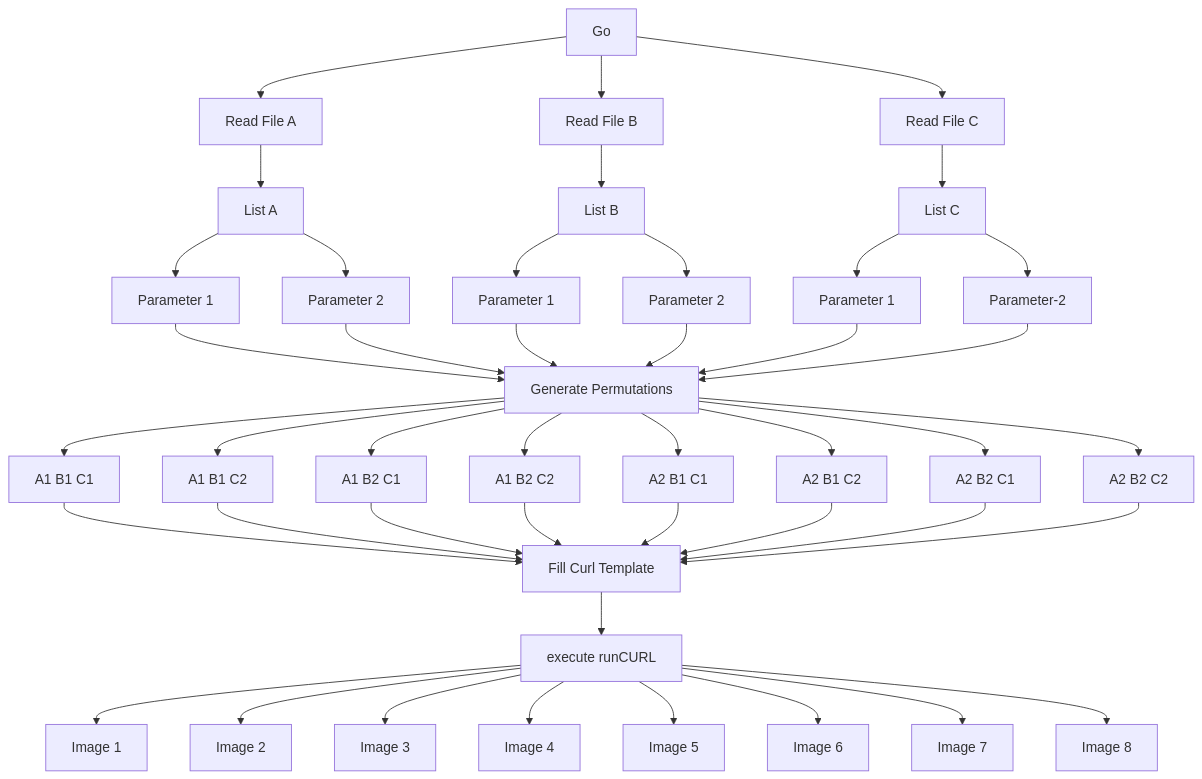
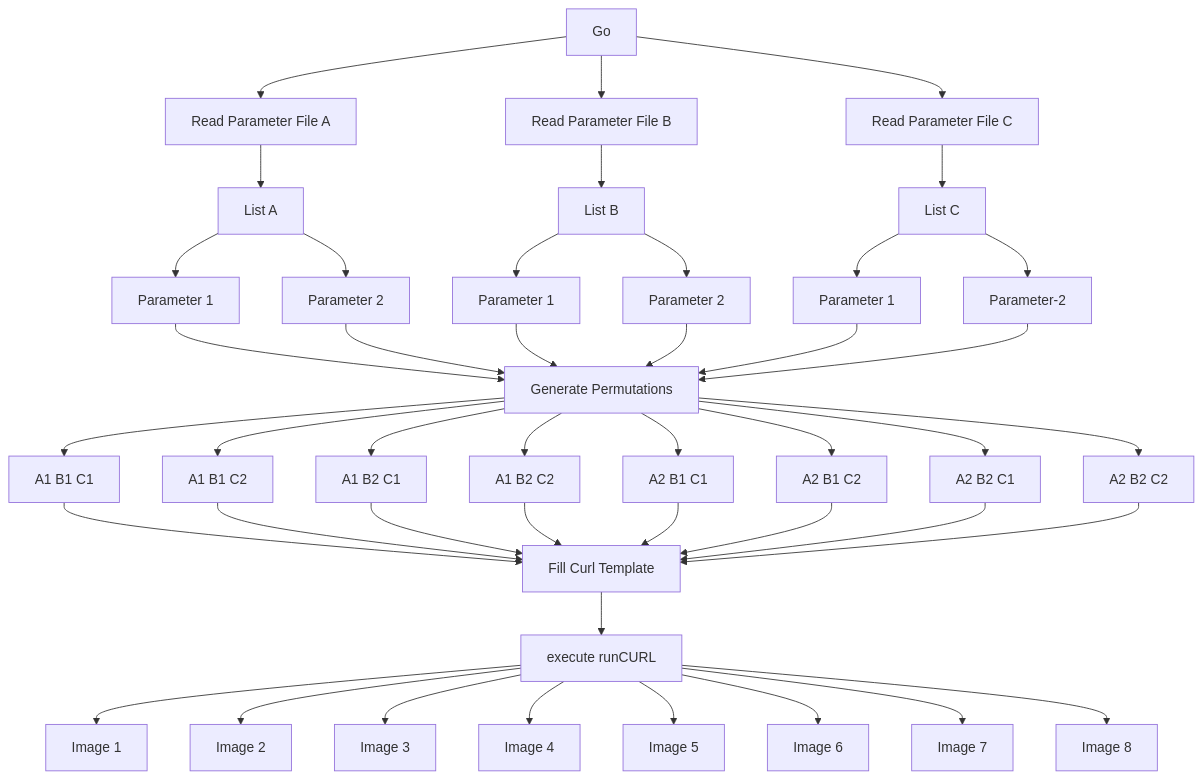
One commit to daedon/Fooocus-API-XYZ changed the diagram in README.md. Above: the diagram before and after it, drawn with Mermaid.

````diff
--- a/README.md
+++ b/README.md
@@ -131,56 +131,56 @@
 ```mermaid
 graph TD;
-    Read_Parameters[Go]-->fileA[Read File A];
-    Read_Parameters-->fileB[Read File B];
-    Read_Parameters-->fileC[Read File C];
+    Read_Parameters[Go]-->fileA[Read Parameter File A];
+    Read_Parameters-->fileB[Read Parameter File B];
+    Read_Parameters-->fileC[Read Parameter File C];
 
     fileA-->listA[List A];
     fileB-->listB[List B];
     fileC-->listC[List C];
 
     listA-->A1[Parameter 1];
     listA-->A2[Parameter 2];
     listB-->B1[Parameter 1];
     listB-->B2[Parameter 2];
     listC-->C1[Parameter 1];
     listC-->C2[Parameter-2];
 
 
     A1-->Generate_Permutation[Generate Permutations];
     A2-->Generate_Permutation;
     B1-->Generate_Permutation;
     B2-->Generate_Permutation;
     C1-->Generate_Permutation;
     C2-->Generate_Permutation;
 
     Generate_Permutation-->A1_B1_C1[A1 B1 C1];
     Generate_Permutation-->A1_B1_C2[A1 B1 C2];
     Generate_Permutation-->A1_B2_C1[A1 B2 C1];
     Generate_Permutation-->A1_B2_C2[A1 B2 C2];
     Generate_Permutation-->A2_B1_C1[A2 B1 C1];
     Generate_Permutation-->A2_B1_C2[A2 B1 C2];
     Generate_Permutation-->A2_B2_C1[A2 B2 C1];
     Generate_Permutation-->A2_B2_C2[A2 B2 C2];
 
     A1_B1_C1-->template[Fill Curl Template];
     A1_B1_C2-->template;
     A1_B2_C1-->template;
     A1_B2_C2-->template;
     A2_B1_C1-->template;
     A2_B1_C2-->template;
     A2_B2_C1-->template;
     A2_B2_C2-->template;
 
     template-->CurlCall[execute runCURL];
 
     CurlCall-->ImageA1_B1_C1[Image 1];
     CurlCall-->ImageA1_B1_C2[Image 2];
     CurlCall-->ImageA1_B2_C1[Image 3];
     CurlCall-->ImageA1_B2_C2[Image 4];
     CurlCall-->ImageA2_B1_C1[Image 5];
     CurlCall-->ImageA2_B1_C2[Image 6];
     CurlCall-->ImageA2_B2_C1[Image 7];
     CurlCall-->ImageA2_B2_C2[Image 8];
 
 
 ```
````
